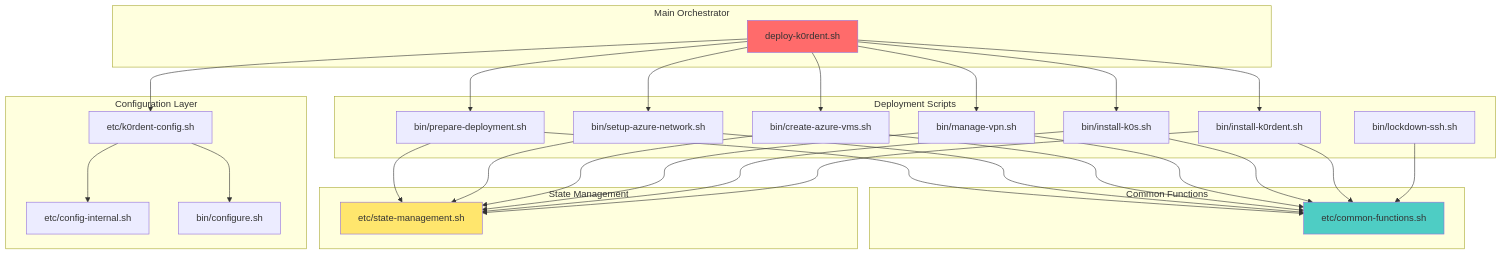
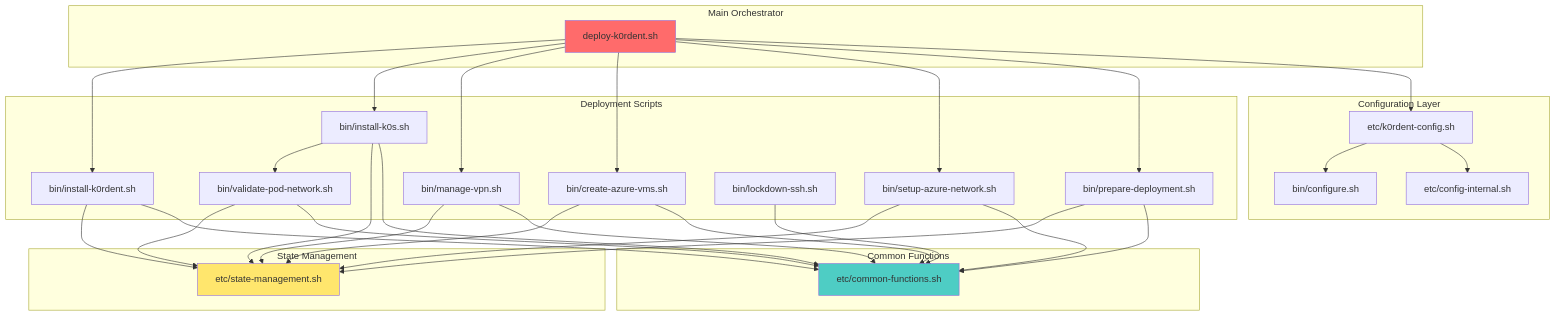
Before and after one commit to randybias/k0rdent-azure-setup: the third of 6 diagrams in docs/PROGRAM_FLOW_DIAGRAM.md, drawn with Mermaid. The commit also changed other lines of this file and 10 other files, not shown here.

````diff
--- a/docs/PROGRAM_FLOW_DIAGRAM.md
+++ b/docs/PROGRAM_FLOW_DIAGRAM.md
@@ -67,58 +73,62 @@
 ```mermaid
 graph TD
     subgraph "Main Orchestrator"
         Main[deploy-k0rdent.sh]
     end
     
     subgraph "Configuration Layer"
         Config1[etc/k0rdent-config.sh]
         Config2[etc/config-internal.sh]
         Config3[bin/configure.sh]
         Config1 --> Config2
         Config1 --> Config3
     end
     
     subgraph "Common Functions"
         Common[etc/common-functions.sh]
     end
     
     subgraph "State Management"
         State[etc/state-management.sh]
     end
     
     subgraph "Deployment Scripts"
         Prep[bin/prepare-deployment.sh]
         Network[bin/setup-azure-network.sh]
         VMs[bin/create-azure-vms.sh]
         VPN[bin/manage-vpn.sh]
         K0s[bin/install-k0s.sh]
+        Validate[bin/validate-pod-network.sh]
         K0rdent[bin/install-k0rdent.sh]
         SSH[bin/lockdown-ssh.sh]
     end
     
     Main --> Config1
     Main --> Prep
     Main --> Network
     Main --> VMs
     Main --> VPN
     Main --> K0s
     Main --> K0rdent
     
     Prep --> Common
     Prep --> State
     Network --> Common
     Network --> State
     VMs --> Common
     VMs --> State
     VPN --> Common
     VPN --> State
     K0s --> Common
     K0s --> State
+    K0s --> Validate
+    Validate --> Common
+    Validate --> State
     K0rdent --> Common
     K0rdent --> State
     SSH --> Common
     
     style Main fill:#FF6B6B
     style Common fill:#4ECDC4
     style State fill:#FFE66D
 ```
````
